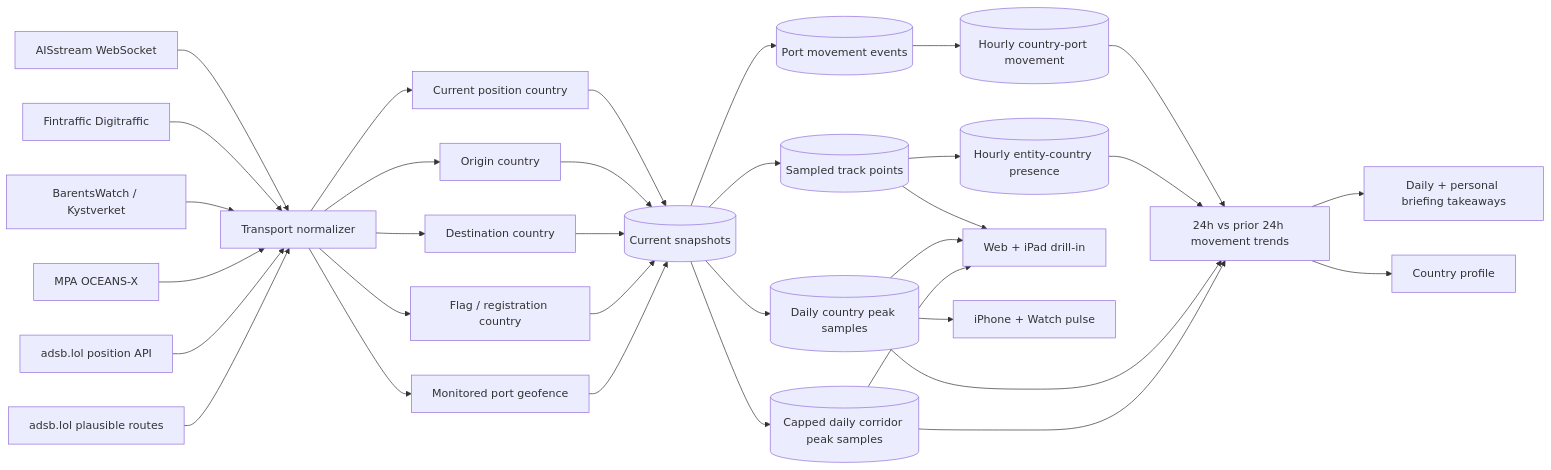
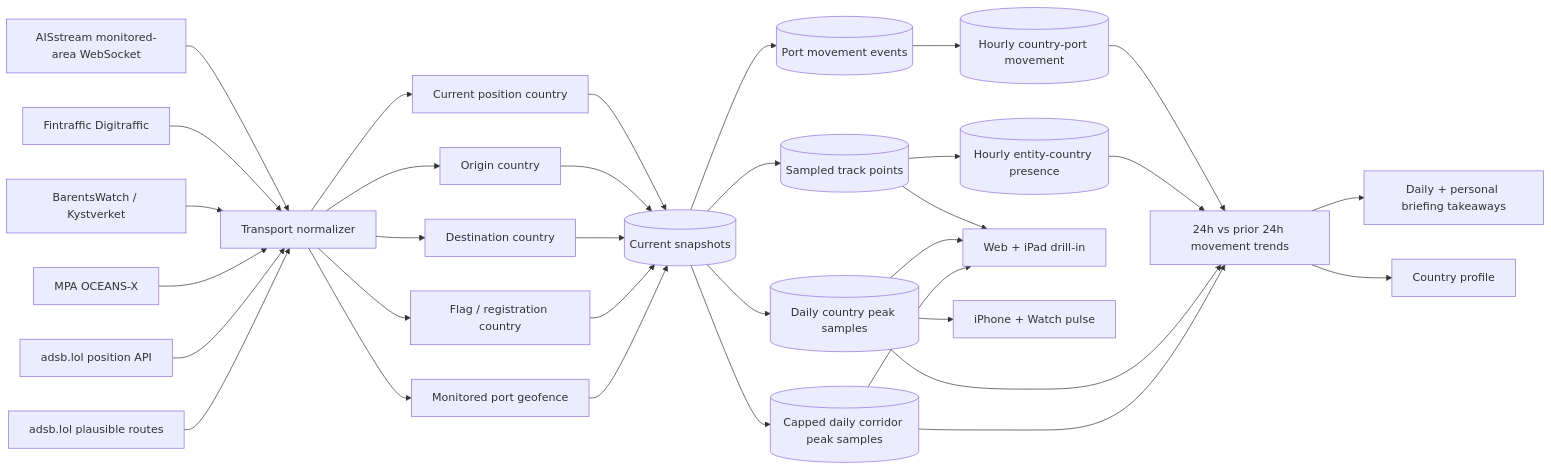
Before and after one commit to eojgroup/claritas: the diagram in docs/transport-intelligence.md, drawn with Mermaid. The commit also changed other lines of this file and 63 other files, not shown here.

````diff
--- a/docs/transport-intelligence.md
+++ b/docs/transport-intelligence.md
@@ -7,35 +7,35 @@
 ```mermaid
 flowchart LR
-  AIS[AISstream WebSocket] --> Normalize[Transport normalizer]
+  AIS[AISstream monitored-area WebSocket] --> Normalize[Transport normalizer]
   Digitraffic[Fintraffic Digitraffic] --> Normalize
   Norway[BarentsWatch / Kystverket] --> Normalize
   Singapore[MPA OCEANS-X] --> Normalize
   ADSB[adsb.lol position API] --> Normalize
   ADSBRoute[adsb.lol plausible routes] --> Normalize
   Normalize --> Position[Current position country]
   Normalize --> Origin[Origin country]
   Normalize --> Destination[Destination country]
   Normalize --> Flag[Flag / registration country]
   Normalize --> Port[Monitored port geofence]
   Position --> Snapshot[(Current snapshots)]
   Origin --> Snapshot
   Destination --> Snapshot
   Flag --> Snapshot
   Port --> Snapshot
   Snapshot --> Trail[(Sampled track points)]
   Snapshot --> Event[(Port movement events)]
   Trail --> Presence[(Hourly entity-country presence)]
   Snapshot --> DailyCountry[(Daily country peak samples)]
   Snapshot --> DailyCorridor[(Capped daily corridor peak samples)]
   Event --> MovementHour[(Hourly country-port movement)]
   MovementHour --> Trend[24h vs prior 24h movement trends]
   Presence --> Trend
   DailyCountry --> Trend
   DailyCorridor --> Trend
   Trend --> Briefing[Daily + personal briefing takeaways]
   Trend --> Profile[Country profile]
   Trail --> Full[Web + iPad drill-in]
   DailyCountry --> Full
   DailyCorridor --> Full
   DailyCountry --> Compact[iPhone + Watch pulse]
 ```
````
